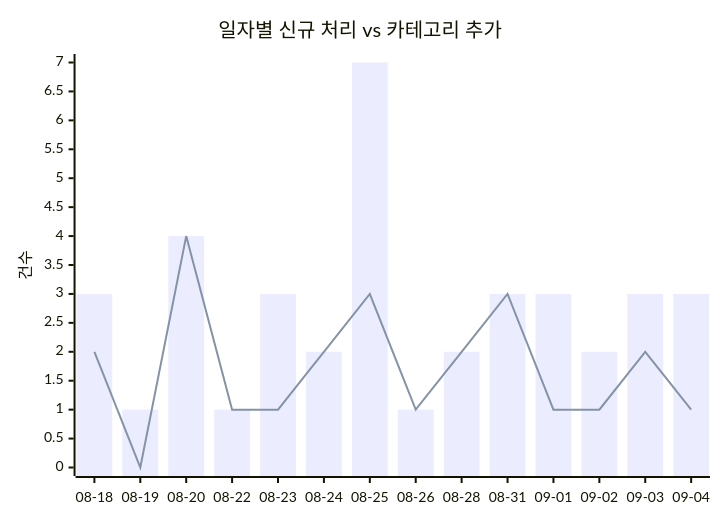
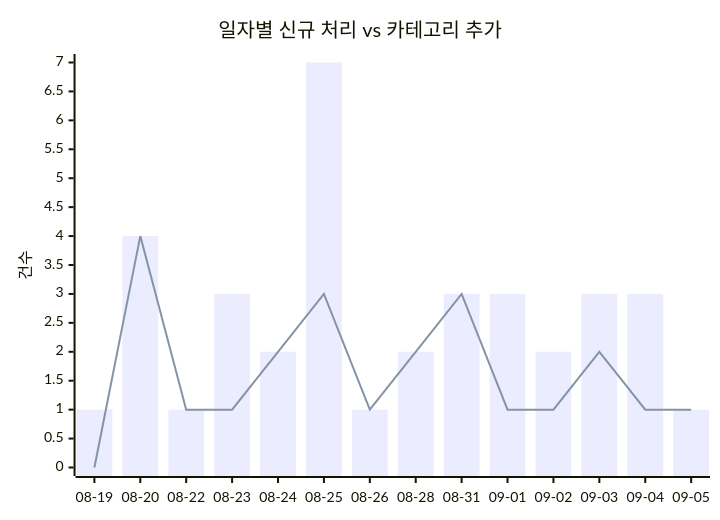
One commit to J-nowcow/awesome-korean-agent-skills changed the first of 2 diagrams in docs/trends.md. Above: the diagram before and after it, drawn with Mermaid. The commit also changed other lines of this file and 3 other files, not shown here.

````diff
--- a/docs/trends.md
+++ b/docs/trends.md
@@ -32,8 +32,8 @@
 ```mermaid
 xychart-beta
     title "일자별 신규 처리 vs 카테고리 추가"
-    x-axis ["08-18","08-19","08-20","08-22","08-23","08-24","08-25","08-26","08-28","08-31","09-01","09-02","09-03","09-04"]
+    x-axis ["08-19","08-20","08-22","08-23","08-24","08-25","08-26","08-28","08-31","09-01","09-02","09-03","09-04","09-05"]
     y-axis "건수"
-    bar [3,1,4,1,3,2,7,1,2,3,3,2,3,3]
-    line [2,0,4,1,1,2,3,1,2,3,1,1,2,1]
+    bar [1,4,1,3,2,7,1,2,3,3,2,3,3,1]
+    line [0,4,1,1,2,3,1,2,3,1,1,2,1,1]
 ```
````
